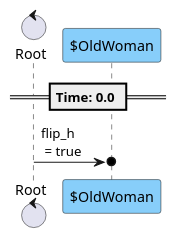
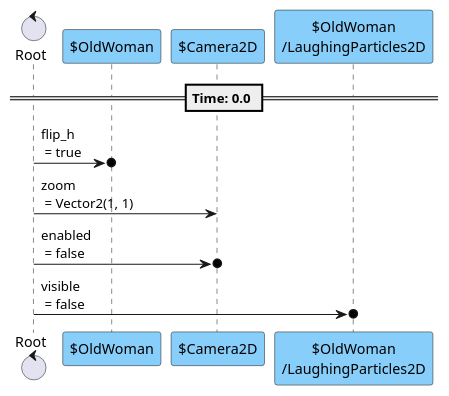
The second of 7 diagrams in content/scenes/src/dialogue/chapters/0/stage0.tscn.adoc (tkmfujise/Platformer-Game-Learning), drawn with PlantUML before and after one commit. The commit also changed other lines of this file and 211 other files, not shown here.

```diff
--- a/content/scenes/src/dialogue/chapters/0/stage0.tscn.adoc
+++ b/content/scenes/src/dialogue/chapters/0/stage0.tscn.adoc
@@ -136,12 +159,17 @@
 [plantuml]
 ....
 control "Root" as R
 participant "$OldWoman" as T0 #87CEFA
+participant "$Camera2D" as T1 #87CEFA
+participant "$OldWoman\n/LaughingParticles2D" as T3 #87CEFA
 
 
 
 == Time: 0.0 ==
 R  ->o  T0 : flip_h\n = true
+R  ->  T1 : zoom\n = Vector2(1, 1)
+R  ->o  T1 : enabled\n = false
+R  ->o  T3 : visible\n = false
 
 
 ....
```
